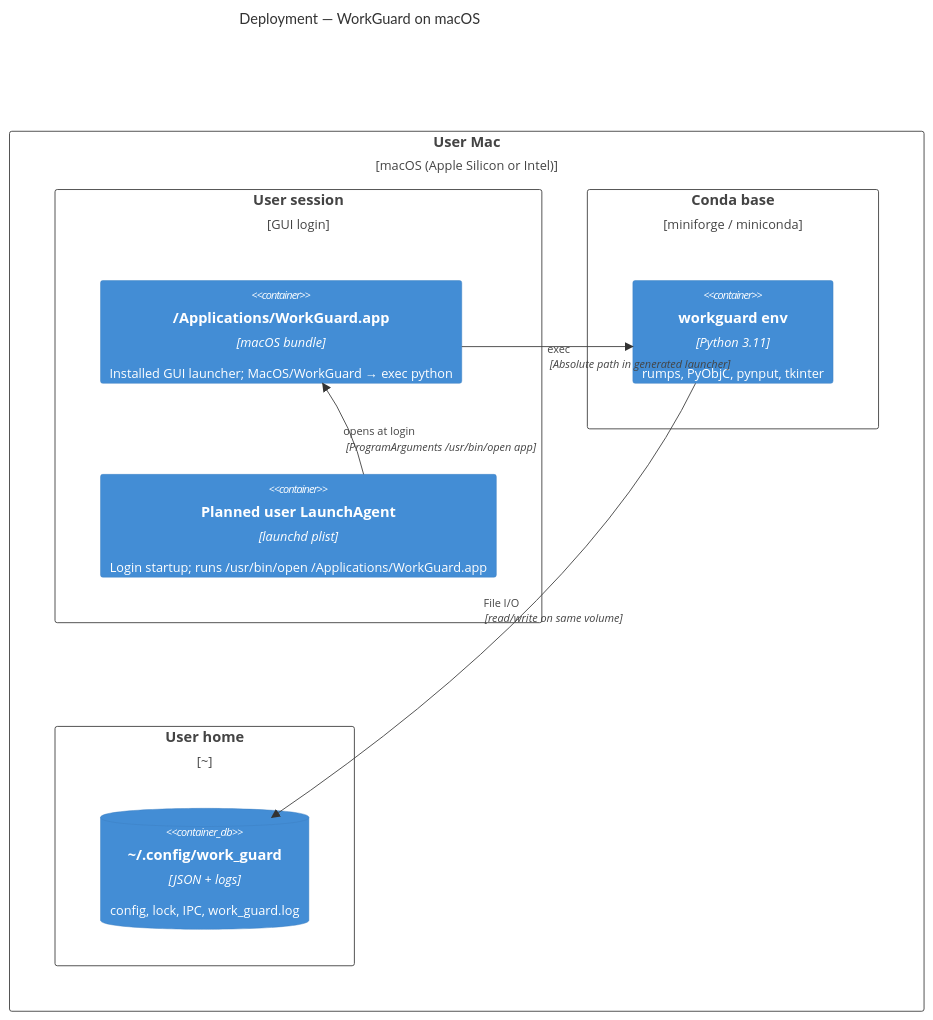
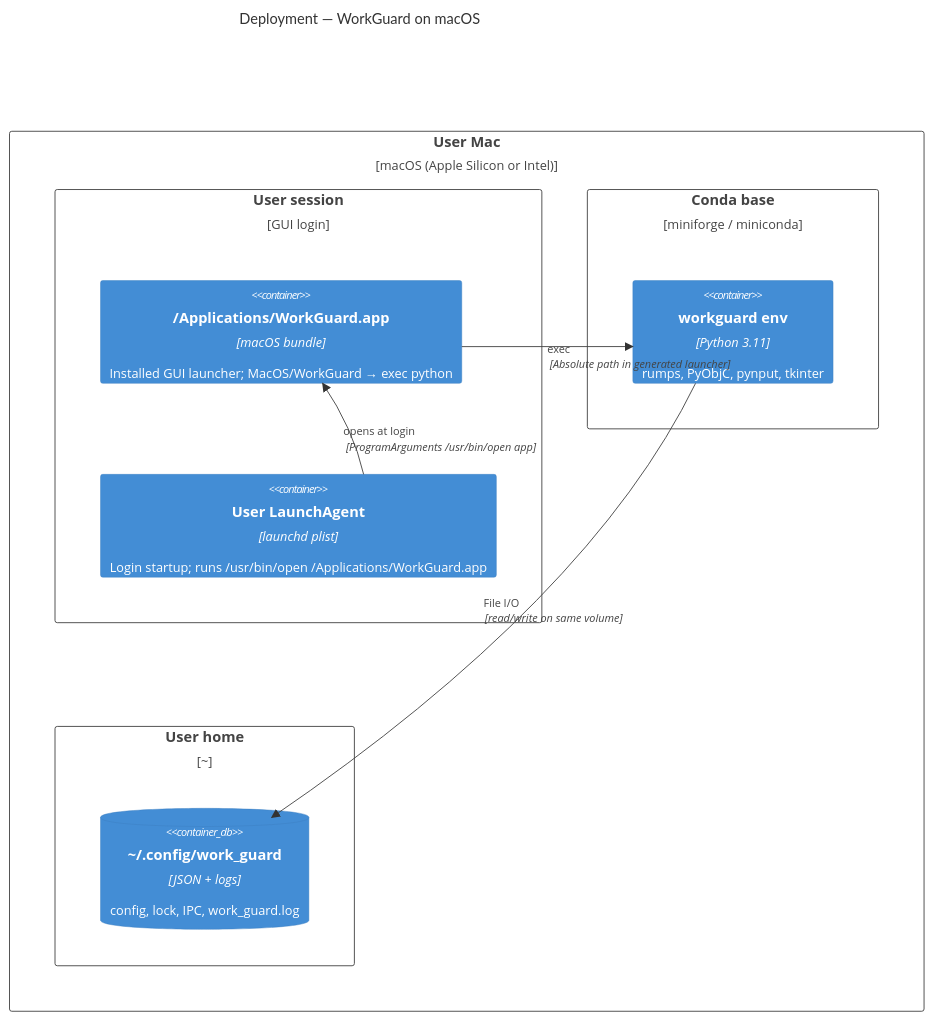
Before and after one commit to funkykesha/vibe: the diagram in work_guard/docs/architecture/c4-deployment.md, drawn with Mermaid. The commit also changed 8 other files, not shown here.

Commit message:
docs: actualize workguard backlog and architecture

````diff
--- a/work_guard/docs/architecture/c4-deployment.md
+++ b/work_guard/docs/architecture/c4-deployment.md
@@ -9,22 +9,22 @@
 ```mermaid
 C4Deployment
   title Deployment — WorkGuard on macOS
 
   Deployment_Node(mac, "User Mac", "macOS (Apple Silicon or Intel)") {
     Deployment_Node(user_session, "User session", "GUI login") {
       Container(app_bundle, "/Applications/WorkGuard.app", "macOS bundle", "Installed GUI launcher; MacOS/WorkGuard → exec python")
-      Container(launch_agent, "Planned user LaunchAgent", "launchd plist", "Login startup; runs /usr/bin/open /Applications/WorkGuard.app")
+      Container(launch_agent, "User LaunchAgent", "launchd plist", "Login startup; runs /usr/bin/open /Applications/WorkGuard.app")
     }
     Deployment_Node(conda, "Conda base", "miniforge / miniconda") {
       Container(py_rt, "workguard env", "Python 3.11", "rumps, PyObjC, pynput, tkinter")
     }
     Deployment_Node(home, "User home", "~") {
       ContainerDb(cfg, "~/.config/work_guard", "JSON + logs", "config, lock, IPC, work_guard.log")
     }
   }
 
   Rel(app_bundle, py_rt, "exec", "Absolute path in generated launcher")
   Rel(launch_agent, app_bundle, "opens at login", "ProgramArguments /usr/bin/open app")
   Rel(py_rt, cfg, "File I/O", "read/write on same volume")
 
 ```
````
